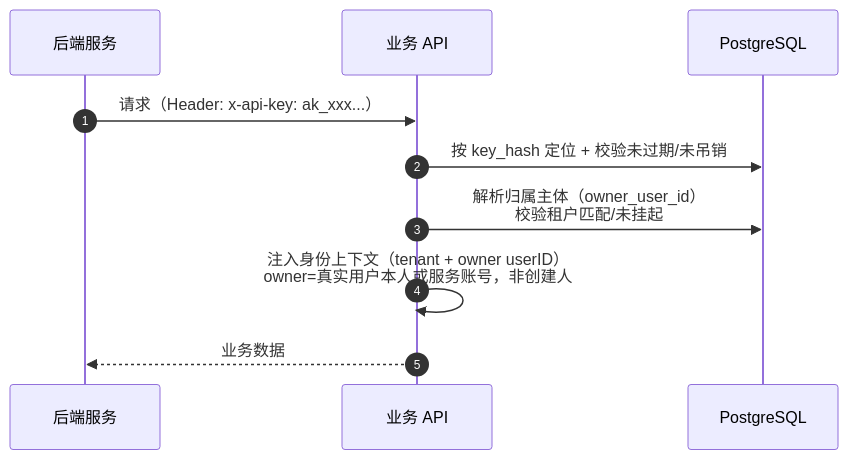
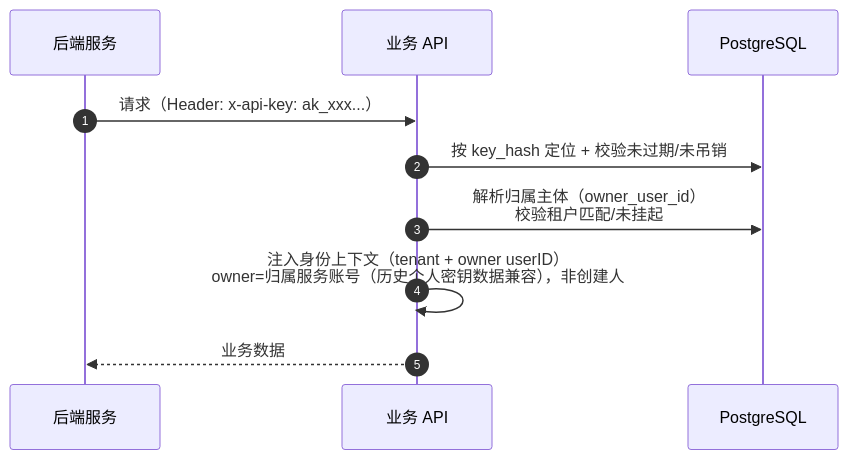
One commit to morehao/ark-iam changed the tenth of 14 diagrams in docs/design/system-design.md. Above: the diagram before and after it, drawn with Mermaid. The commit also changed other lines of this file and 21 other files, not shown here.

````diff
--- a/docs/design/system-design.md
+++ b/docs/design/system-design.md
@@ -722,13 +722,13 @@
 ```mermaid
 sequenceDiagram
     autonumber
     participant SVC as 后端服务
     participant API as 业务 API
     participant DB as PostgreSQL
 
     SVC->>API: 请求（Header: x-api-key: ak_xxx...）
     API->>DB: 按 key_hash 定位 + 校验未过期/未吊销
     API->>DB: 解析归属主体（owner_user_id）<br/>校验租户匹配/未挂起
-    API->>API: 注入身份上下文（tenant + owner userID）<br/>owner=真实用户本人或服务账号，非创建人
+    API->>API: 注入身份上下文（tenant + owner userID）<br/>owner=归属服务账号（历史个人密钥数据兼容），非创建人
     API-->>SVC: 业务数据
 ```
````
